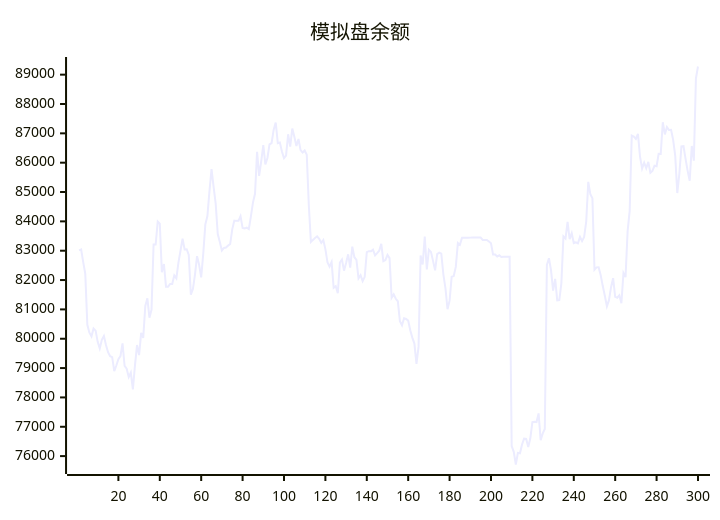
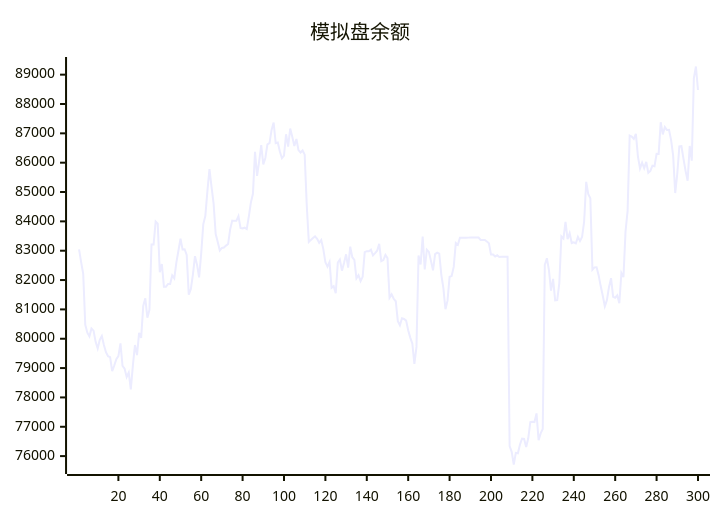
Before and after one commit to aahl/ai-trading: the diagram in README.md, drawn with Mermaid. The commit also changed other lines of this file and 1 other file, not shown here.

````diff
--- a/README.md
+++ b/README.md
@@ -5,5 +5,5 @@
 ```mermaid
 xychart
     title "模拟盘余额"
-    line [83014,83043,82613,82216,80477,80208,80081,80348,80277,79894,79670,79965,80093,79786,79542,79406,79371,78893,79087,79304,79406,79841,79072,78978,78696,78846,78272,79085,79787,79442,80198,80031,81120,81379,80718,80985,83214,83212,83993,83921,82270,82547,81776,81776,81866,81866,82158,82061,82596,83000,83408,83041,83050,82858,81503,81691,82188,82812,82517,82092,82901,83898,84180,85030,85781,85178,84604,83569,83298,83008,83093,83107,83175,83228,83729,84025,84017,84019,84177,83775,83762,83785,83738,84160,84639,84939,86370,85548,86046,86599,85942,86161,86622,86664,87115,87369,86666,86685,86384,86152,86243,86969,86548,87164,86885,86566,86809,86427,86348,86417,86273,84538,83299,83369,83430,83490,83404,83270,83362,83056,82605,82459,82614,81734,81788,81551,82598,82702,82320,82580,82878,82426,83139,82778,82686,82056,82166,81963,82110,82951,82983,82984,83038,82838,82915,82998,83235,82642,82682,82858,82746,81396,81512,81362,81277,80600,80461,80699,80673,80616,80288,80038,79836,79142,79722,82837,82533,83480,82366,83032,82960,82654,82330,82883,82934,82901,82188,81728,81005,81298,82110,82135,82449,83264,83203,83440,83439,83440,83440,83446,83447,83448,83447,83448,83449,83369,83369,83369,83313,83256,82872,82873,82801,82844,82785,82791,82791,82793,82794,76339,76145,75714,76110,76096,76397,76594,76585,76310,76607,77160,77170,77160,77456,76541,76774,76927,82520,82744,82337,81639,82040,81307,81314,81887,83490,83414,83984,83396,83594,83261,83287,83253,83470,83327,83465,83987,85348,84930,84786,82355,82433,82438,82167,81795,81466,81105,81315,81756,82064,81426,81398,81481,81210,82242,82099,83658,84359,86925,86892,86814,86980,86203,85802,86003,85811,86028,85657,85721,85896,85880,86300,86299,87378,86965,87214,87115,87118,86780,86238,84966,85623,86555,86562,86129,85722,85387,86569,86070,88870,89278]
+    line [83043,82613,82216,80477,80208,80081,80348,80277,79894,79670,79965,80093,79786,79542,79406,79371,78893,79087,79304,79406,79841,79072,78978,78696,78846,78272,79085,79787,79442,80198,80031,81120,81379,80718,80985,83214,83212,83993,83921,82270,82547,81776,81776,81866,81866,82158,82061,82596,83000,83408,83041,83050,82858,81503,81691,82188,82812,82517,82092,82901,83898,84180,85030,85781,85178,84604,83569,83298,83008,83093,83107,83175,83228,83729,84025,84017,84019,84177,83775,83762,83785,83738,84160,84639,84939,86370,85548,86046,86599,85942,86161,86622,86664,87115,87369,86666,86685,86384,86152,86243,86969,86548,87164,86885,86566,86809,86427,86348,86417,86273,84538,83299,83369,83430,83490,83404,83270,83362,83056,82605,82459,82614,81734,81788,81551,82598,82702,82320,82580,82878,82426,83139,82778,82686,82056,82166,81963,82110,82951,82983,82984,83038,82838,82915,82998,83235,82642,82682,82858,82746,81396,81512,81362,81277,80600,80461,80699,80673,80616,80288,80038,79836,79142,79722,82837,82533,83480,82366,83032,82960,82654,82330,82883,82934,82901,82188,81728,81005,81298,82110,82135,82449,83264,83203,83440,83439,83440,83440,83446,83447,83448,83447,83448,83449,83369,83369,83369,83313,83256,82872,82873,82801,82844,82785,82791,82791,82793,82794,76339,76145,75714,76110,76096,76397,76594,76585,76310,76607,77160,77170,77160,77456,76541,76774,76927,82520,82744,82337,81639,82040,81307,81314,81887,83490,83414,83984,83396,83594,83261,83287,83253,83470,83327,83465,83987,85348,84930,84786,82355,82433,82438,82167,81795,81466,81105,81315,81756,82064,81426,81398,81481,81210,82242,82099,83658,84359,86925,86892,86814,86980,86203,85802,86003,85811,86028,85657,85721,85896,85880,86300,86299,87378,86965,87214,87115,87118,86780,86238,84966,85623,86555,86562,86129,85722,85387,86569,86070,88870,89278,88477]
 ```
````
